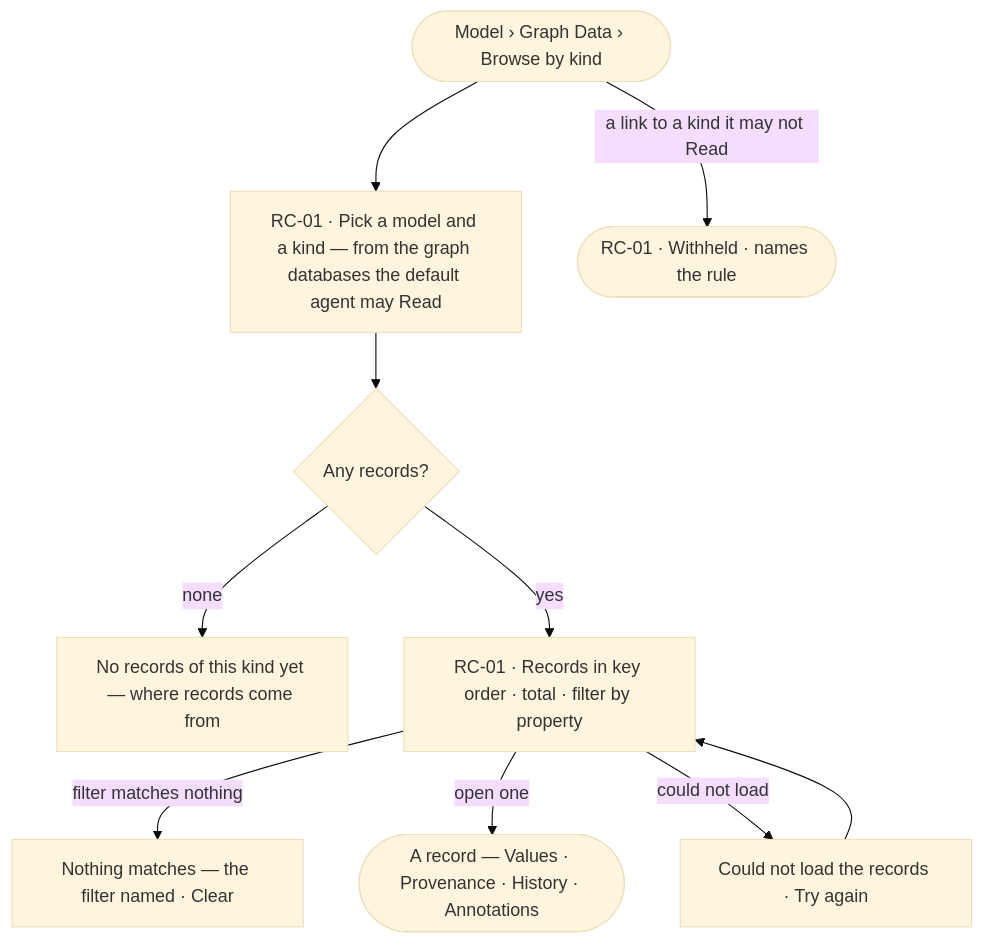
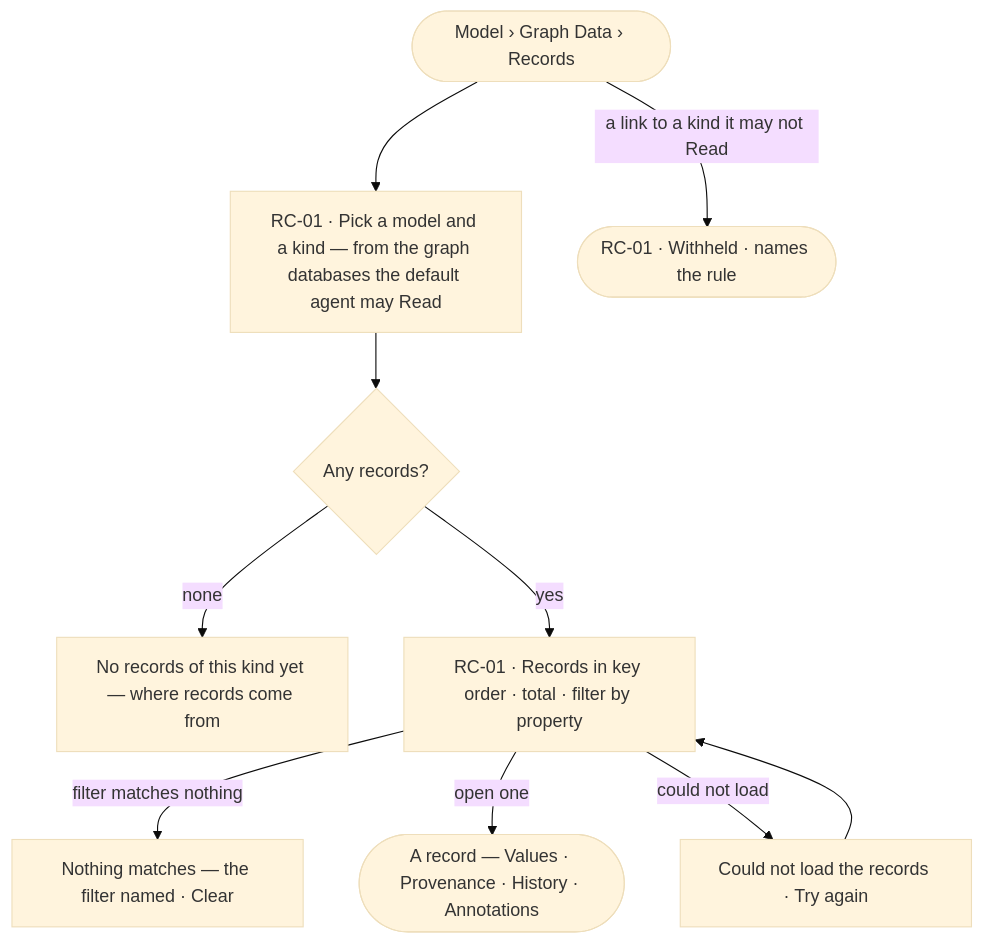
One commit to invana/invana changed the diagram in specs/capabilities/records/features/RC-F01-records-by-kind/feature.md. Above: the diagram before and after it, drawn with Mermaid (base theme). The commit also changed other lines of this file and 5 other files, not shown here.

Commit message:
docs(specs): rename Graph Data's Browse by kind to Records

````diff
--- a/specs/capabilities/records/features/RC-F01-records-by-kind/feature.md
+++ b/specs/capabilities/records/features/RC-F01-records-by-kind/feature.md
@@ -21,11 +21,11 @@
 ```mermaid
 flowchart TD
-  start([Model › Graph Data › Browse by kind]) --> k["RC-01 · Pick a model and a kind — from the graph databases the default agent may Read"]
+  start([Model › Graph Data › Records]) --> k["RC-01 · Pick a model and a kind — from the graph databases the default agent may Read"]
   start -->|a link to a kind it may not Read| wh(["RC-01 · Withheld · names the rule"])
   k --> any{Any records?}
   any -->|none| e0["No records of this kind yet — where records come from"]
   any -->|yes| list["RC-01 · Records in key order · total · filter by property"]
   list -->|filter matches nothing| ef["Nothing matches — the filter named · Clear"]
   list -->|open one| rec(["A record — Values · Provenance · History · Annotations"])
   list -->|could not load| f["Could not load the records · Try again"] --> list
 ```
````
